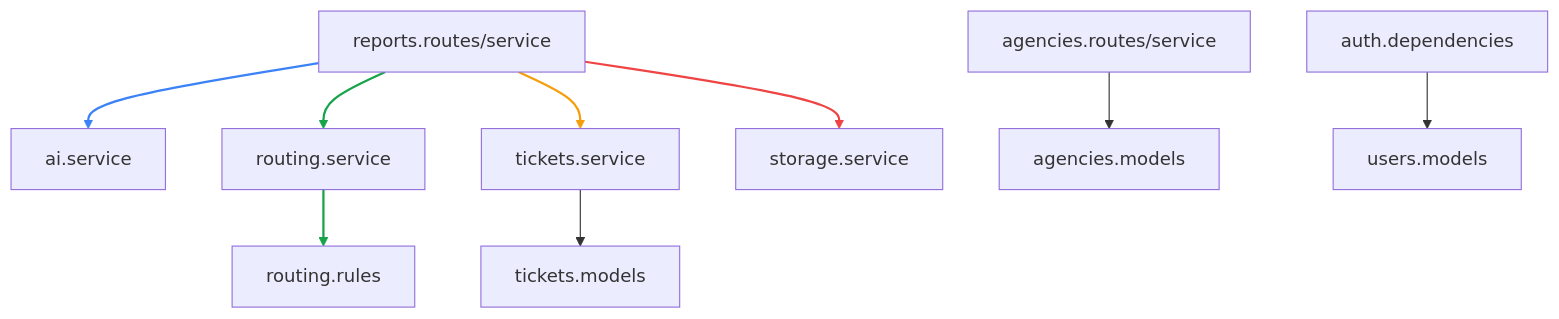
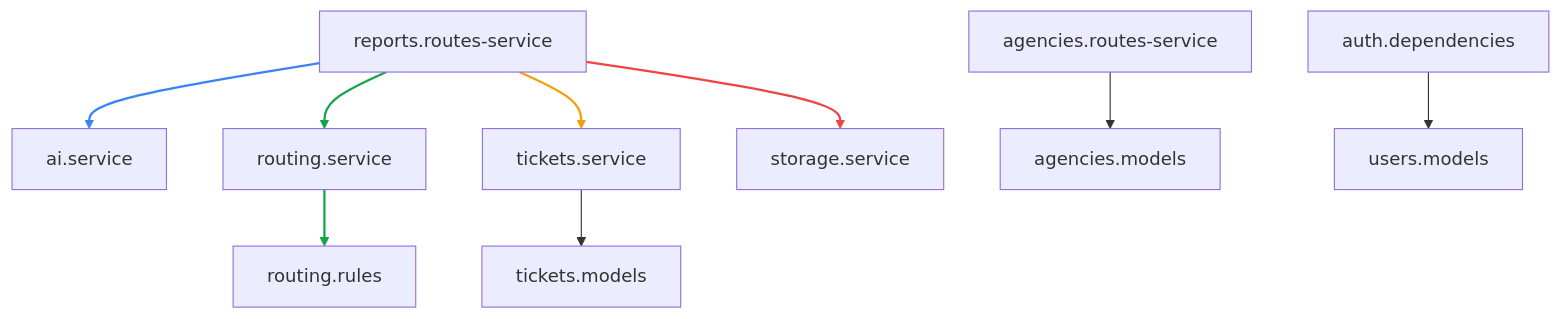
The third of 7 diagrams in DOCUMENTATION.md (sharan-s2k/uwb-hacks), drawn with Mermaid before and after one commit. The commit also changed other lines of this file, not shown here.

````diff
--- a/DOCUMENTATION.md
+++ b/DOCUMENTATION.md
@@ -105,18 +105,18 @@
 ```mermaid
 flowchart TD
-  RPT[reports.routes/service] --> AI[ai.service]
+  RPT[reports.routes-service] --> AI[ai.service]
   RPT --> RT[routing.service]
   RPT --> TK[tickets.service]
   RPT --> ST[storage.service]
 
   RT --> RR[routing.rules]
   TK --> TM[tickets.models]
-  AG[agencies.routes/service] --> AM[agencies.models]
+  AG[agencies.routes-service] --> AM[agencies.models]
   AU[auth.dependencies] --> US[users.models]
 
   linkStyle 0 stroke:#3b82f6,stroke-width:2px
   linkStyle 1 stroke:#16a34a,stroke-width:2px
   linkStyle 2 stroke:#f59e0b,stroke-width:2px
   linkStyle 3 stroke:#ef4444,stroke-width:2px
   linkStyle 4 stroke:#16a34a,stroke-width:2px
 ```
````
